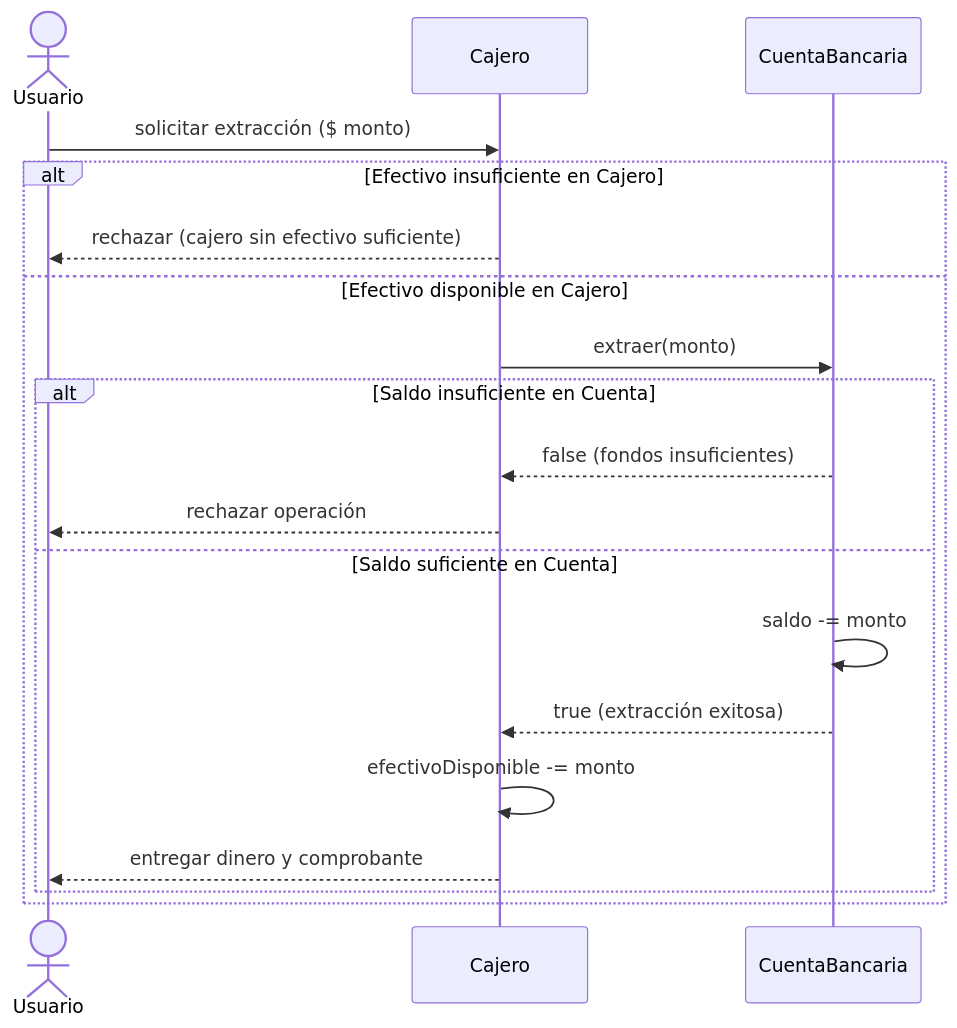
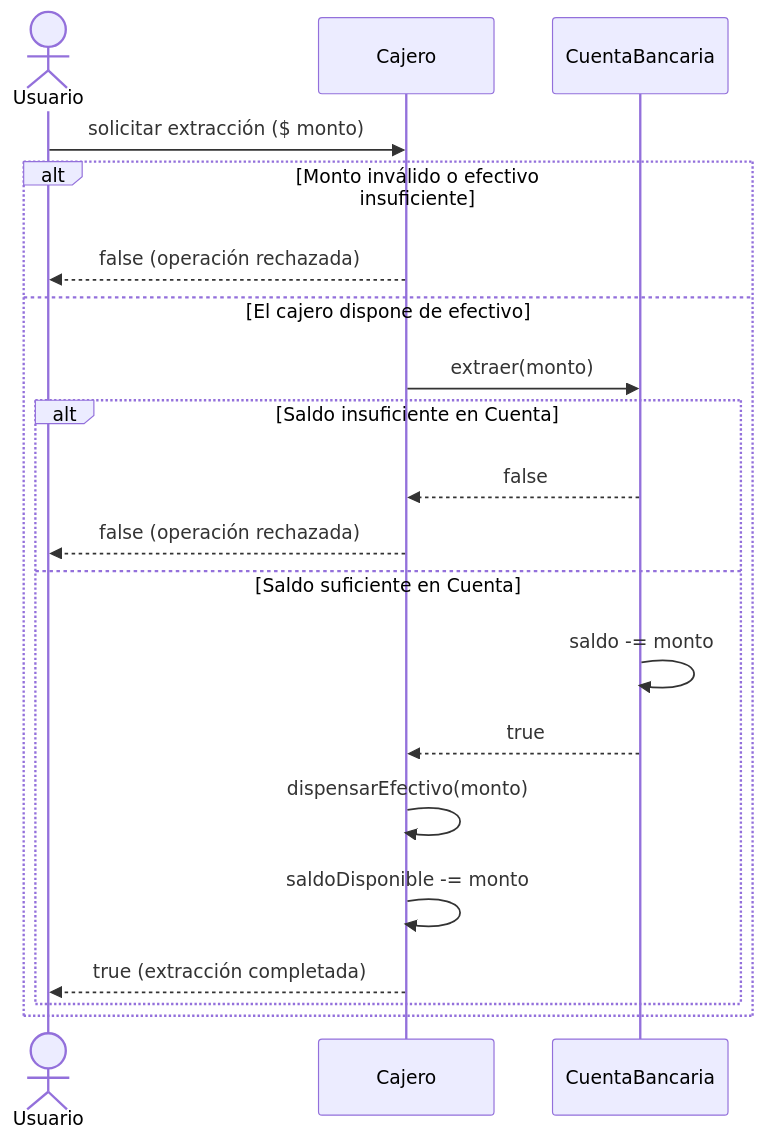
One commit to Matydesousa/simulador-bancario-java changed the second of 2 diagrams in README.md. Above: the diagram before and after it, drawn with Mermaid. The commit also changed other lines of this file, not shown here.

Commit message:
docs: corrige diagramas y API documentada

````diff
--- a/README.md
+++ b/README.md
@@ -79,22 +88,23 @@
 ```mermaid
 sequenceDiagram
     actor Usuario
     participant Cajero
     participant Cuenta as CuentaBancaria
 
     Usuario->>Cajero: solicitar extracción ($ monto)
-    alt Efectivo insuficiente en Cajero
-        Cajero-->>Usuario: rechazar (cajero sin efectivo suficiente)
-    else Efectivo disponible en Cajero
+    alt Monto inválido o efectivo insuficiente
+        Cajero-->>Usuario: false (operación rechazada)
+    else El cajero dispone de efectivo
         Cajero->>Cuenta: extraer(monto)
         alt Saldo insuficiente en Cuenta
-            Cuenta-->>Cajero: false (fondos insuficientes)
-            Cajero-->>Usuario: rechazar operación
+            Cuenta-->>Cajero: false
+            Cajero-->>Usuario: false (operación rechazada)
         else Saldo suficiente en Cuenta
             Cuenta->>Cuenta: saldo -= monto
-            Cuenta-->>Cajero: true (extracción exitosa)
-            Cajero->>Cajero: efectivoDisponible -= monto
-            Cajero-->>Usuario: entregar dinero y comprobante
+            Cuenta-->>Cajero: true
+            Cajero->>Cajero: dispensarEfectivo(monto)
+            Cajero->>Cajero: saldoDisponible -= monto
+            Cajero-->>Usuario: true (extracción completada)
         end
     end
 ```
````
